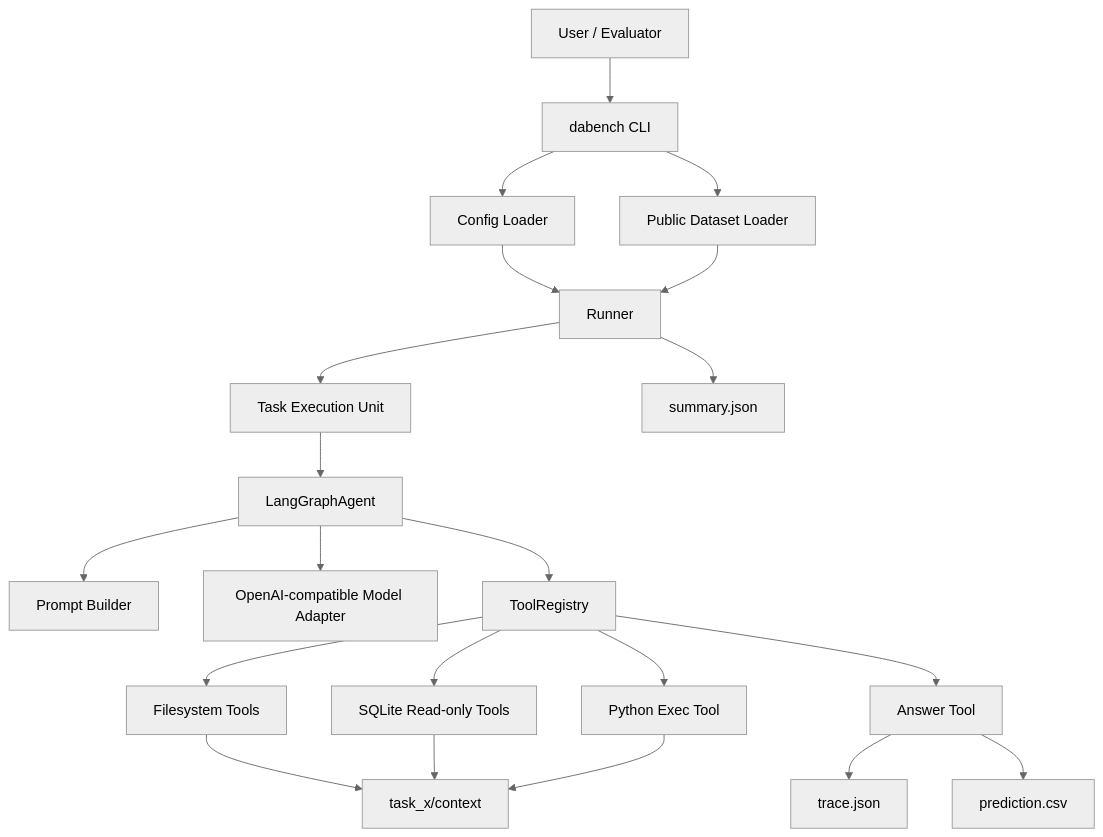
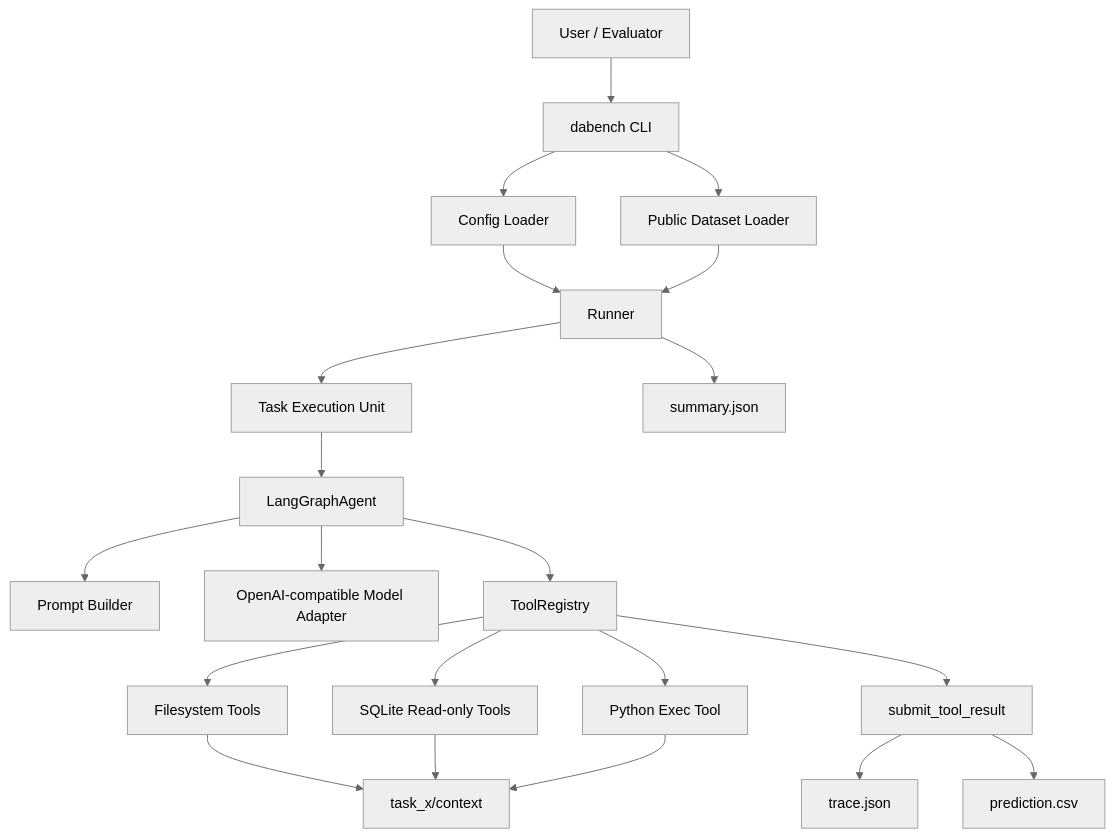
The diagram in ARCHITECTURE.md (xxy1103/kddcup), drawn with Mermaid (neutral theme) before and after one commit. The commit also changed other lines of this file and 20 other files, not shown here.

````diff
--- a/ARCHITECTURE.md
+++ b/ARCHITECTURE.md
@@ -94,27 +94,27 @@
 ```mermaid
 flowchart TD
     U[User / Evaluator] --> CLI[dabench CLI]
     CLI --> CFG[Config Loader]
     CLI --> DS[Public Dataset Loader]
     CFG --> RUN[Runner]
     DS --> RUN
 
     RUN --> TASK[Task Execution Unit]
     TASK --> AGENT[LangGraphAgent]
     AGENT --> PROMPT[Prompt Builder]
     AGENT --> MODEL[OpenAI-compatible Model Adapter]
     AGENT --> TOOLS[ToolRegistry]
 
     TOOLS --> FS[Filesystem Tools]
     TOOLS --> SQL[SQLite Read-only Tools]
     TOOLS --> PY[Python Exec Tool]
-    TOOLS --> ANS[Answer Tool]
+    TOOLS --> SUBMIT[submit_tool_result]
 
     FS --> CTX[task_x/context]
     SQL --> CTX
     PY --> CTX
 
-    ANS --> OUT1[trace.json]
-    ANS --> OUT2[prediction.csv]
+    SUBMIT --> OUT1[trace.json]
+    SUBMIT --> OUT2[prediction.csv]
     RUN --> OUT3[summary.json]
 ```
````
